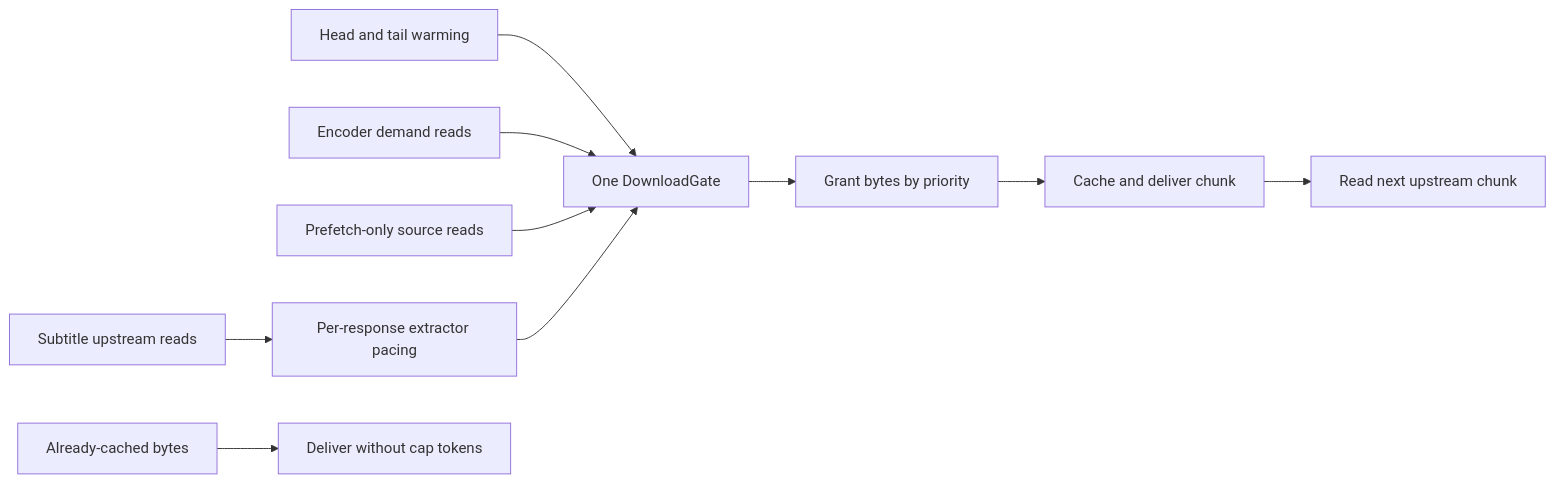
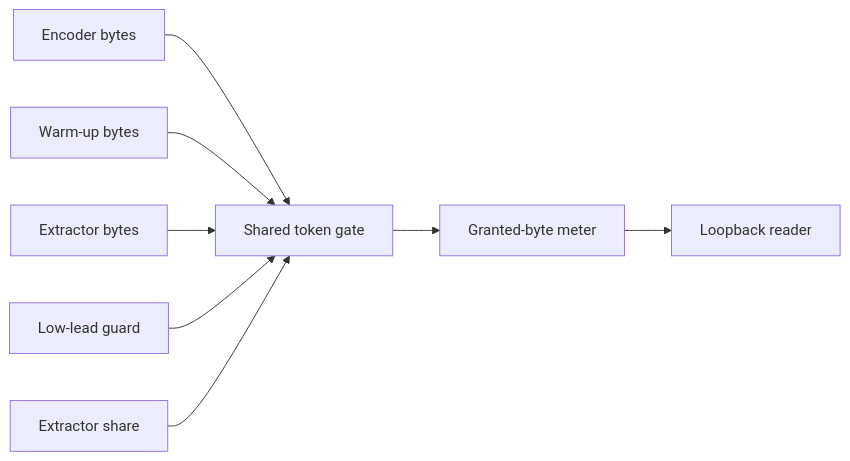
The diagram in droid-wiki/systems/network.md (VeroxAUS/homestream), drawn with Mermaid before and after one commit. The commit also changed other lines of this file and 57 other files, not shown here.

````diff
--- a/droid-wiki/systems/network.md
+++ b/droid-wiki/systems/network.md
@@ -25,12 +31,10 @@
 ```mermaid
-flowchart LR
-    Warm[Head and tail warming] --> Gate[One DownloadGate]
-    Encoder[Encoder demand reads] --> Gate
-    Prefetch[Prefetch-only source reads] --> Gate
-    Extractor[Subtitle upstream reads] --> Pace[Per-response extractor pacing]
-    Pace --> Gate
-    Gate --> Grant[Grant bytes by priority]
-    Grant --> Consume[Cache and deliver chunk]
-    Consume --> Next[Read next upstream chunk]
-    Cache[Already-cached bytes] --> Local[Deliver without cap tokens]
+graph LR
+    Encoder[Encoder bytes] --> Gate[Shared token gate]
+    Prefetch[Warm-up bytes] --> Gate
+    Extractor[Extractor bytes] --> Gate
+    Risk[Low-lead guard] --> Gate
+    Share[Extractor share] --> Gate
+    Gate --> Meter[Granted-byte meter]
+    Meter --> Reader[Loopback reader]
 ```
````
